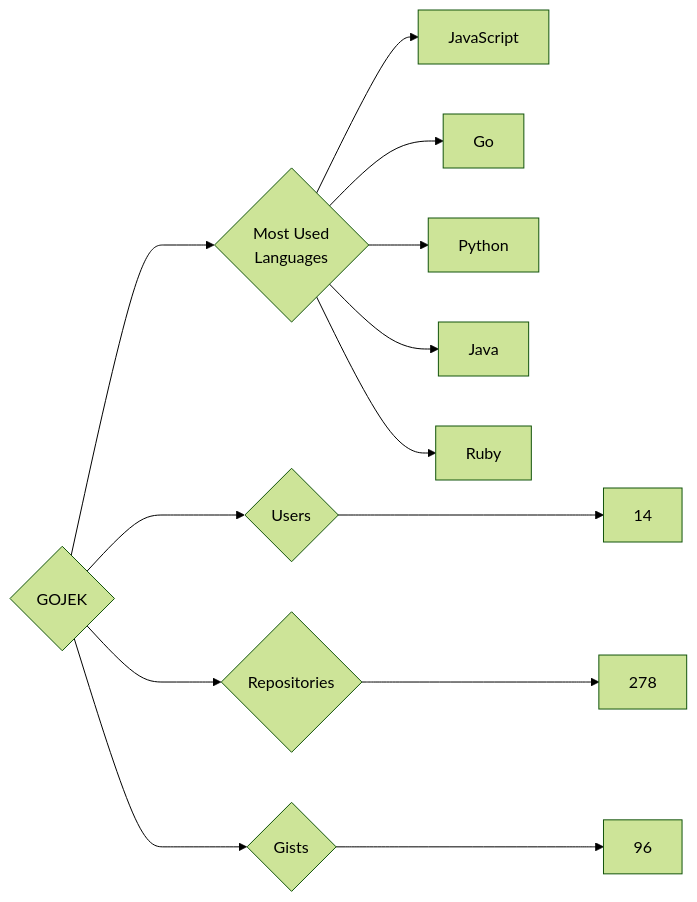
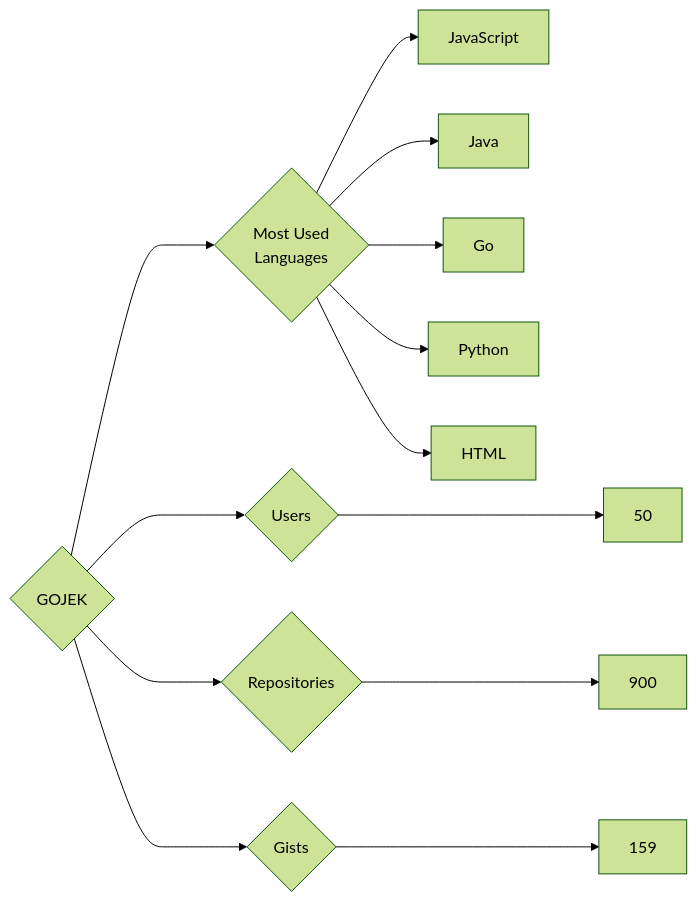
One commit to trickest/insiders changed the diagram in targets/GOJEK/README.md. Above: the diagram before and after it, drawn with Mermaid (forest theme). The commit also changed 845 other files, not shown here.

````diff
--- a/targets/GOJEK/README.md
+++ b/targets/GOJEK/README.md
@@ -3,13 +3,13 @@
 ```mermaid
 graph LR
 COMPANY_NAME{GOJEK}
-COMPANY_NAME ---> U{Users} ---> UN[14]
-COMPANY_NAME ---> R{Repositories} ---> RN[278]
-COMPANY_NAME ---> G{Gists} ---> GN[96]
+COMPANY_NAME ---> U{Users} ---> UN[50]
+COMPANY_NAME ---> R{Repositories} ---> RN[900]
+COMPANY_NAME ---> G{Gists} ---> GN[159]
 COMPANY_NAME ---> ML{Most Used<br>Languages}
 ML --> JavaScript[JavaScript]
+ML --> Java[Java]
 ML --> Go[Go]
 ML --> Python[Python]
-ML --> Java[Java]
-ML --> Ruby[Ruby]
+ML --> HTML[HTML]
 ```
````
